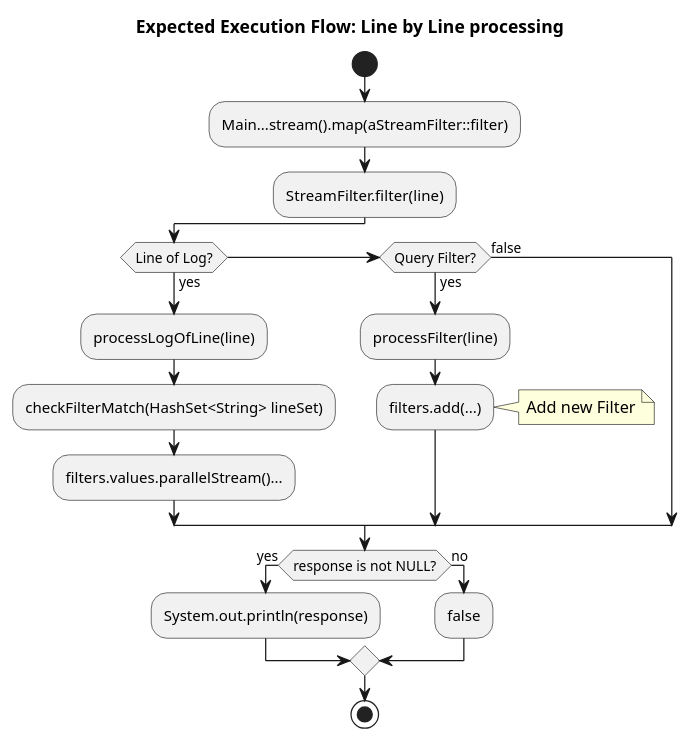
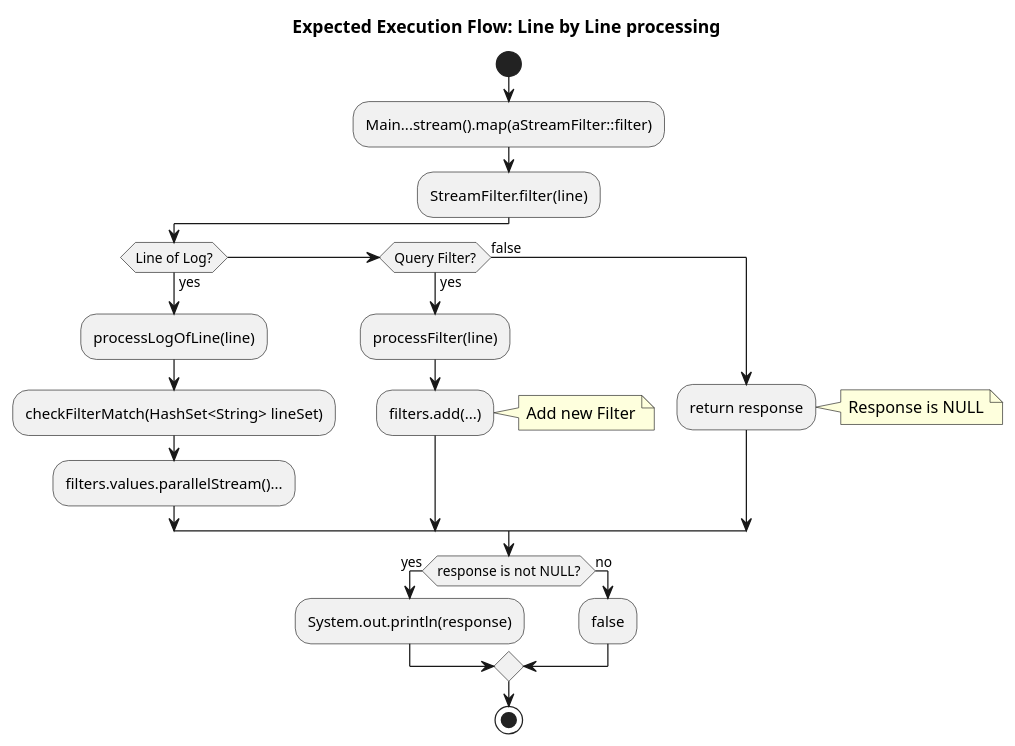
The diagram in docs/RequiredFlow.puml (ozdemirht/java-new), drawn with PlantUML before and after one commit. The commit also changed 1 other file, not shown here.

Commit message:
multiple uml updates

```diff
--- a/docs/RequiredFlow.puml
+++ b/docs/RequiredFlow.puml
@@ -1,33 +1,34 @@
 @startuml
 'https://plantuml.com/activity-diagram-beta
 title "Expected Execution Flow: Line by Line processing"
 
 start
 :Main...stream().map(aStreamFilter::filter);
 
 :StreamFilter.filter(line);
 if (Line of Log?) is (yes) then
   :processLogOfLine(line);
   :checkFilterMatch(HashSet<String> lineSet);
   :filters.values.parallelStream()...;
 else if (Query Filter?) is (yes) then
   :processFilter(line);
   :filters.add(...);
   note right
   Add new Filter
   end note
 else (false)
+    :return response;
   note right
   Response is NULL
   end note
 endif
 
 if (response is not NULL?) is (yes) then
   :System.out.println(response);
 else (no)
   :false;
 endif
 
 stop
 
 @enduml
```
